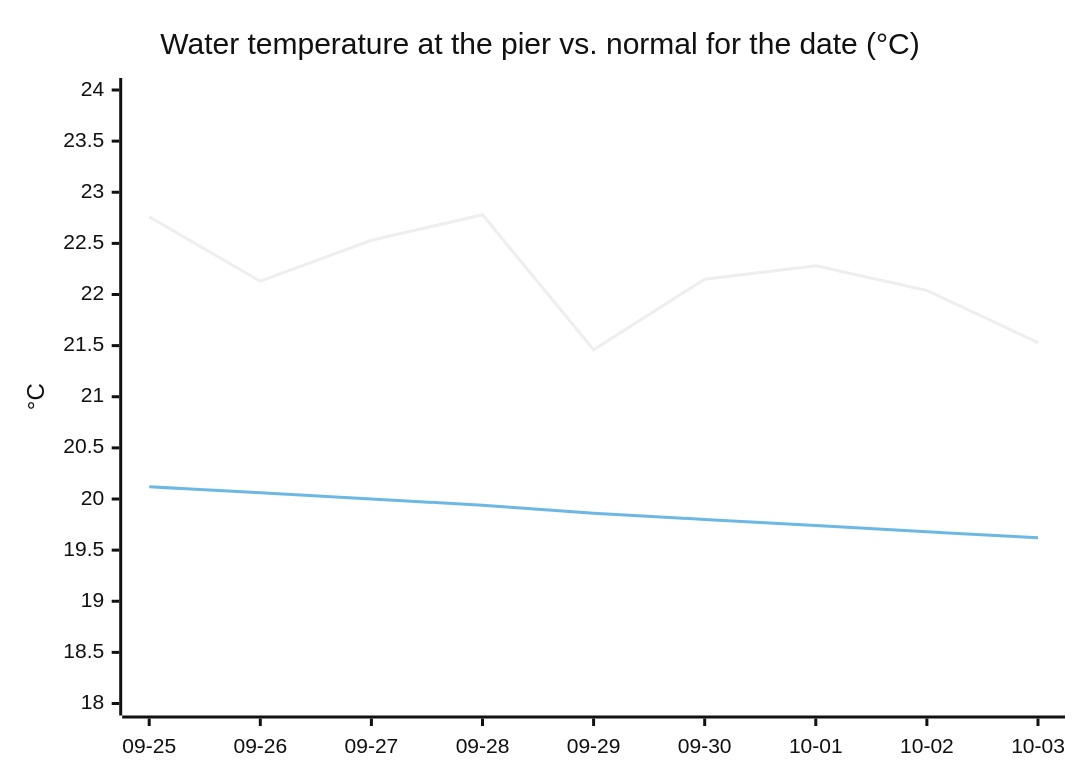
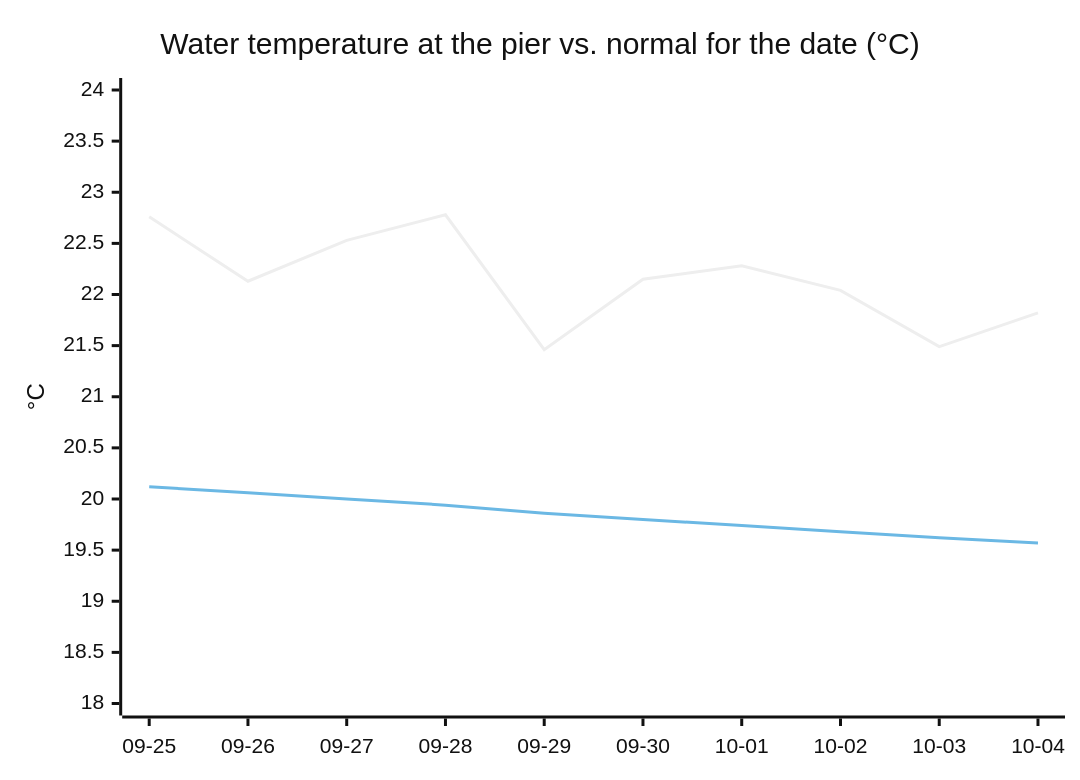
The third of 3 diagrams in README.md (joshuafrommeyer-35/PierTracker), drawn with Mermaid (neutral theme) before and after one commit. The commit also changed other lines of this file and 5 other files, not shown here.

````diff
--- a/README.md
+++ b/README.md
@@ -160,8 +160,8 @@
 ```mermaid
 xychart-beta
     title "Water temperature at the pier vs. normal for the date (°C)"
-    x-axis ["09-25", "09-26", "09-27", "09-28", "09-29", "09-30", "10-01", "10-02", "10-03"]
+    x-axis ["09-25", "09-26", "09-27", "09-28", "09-29", "09-30", "10-01", "10-02", "10-03", "10-04"]
     y-axis "°C" 18 --> 24
-    line [22.76, 22.13, 22.53, 22.78, 21.46, 22.15, 22.28, 22.04, 21.53]
-    line [20.12, 20.06, 20.0, 19.94, 19.86, 19.8, 19.74, 19.68, 19.62]
+    line [22.76, 22.13, 22.53, 22.78, 21.46, 22.15, 22.28, 22.04, 21.49, 21.82]
+    line [20.12, 20.06, 20.0, 19.94, 19.86, 19.8, 19.74, 19.68, 19.62, 19.57]
 ```
````
